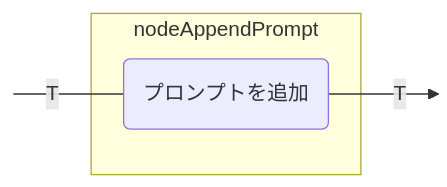
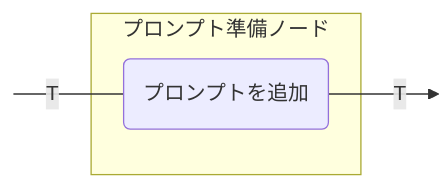
The third of 15 diagrams in docs/ja/koog/nodes-and-components.md (BinaryTape/Open-Docs), drawn with Mermaid before and after one commit. The commit also changed other lines of this file and 164 other files, not shown here.

````diff
--- a/docs/ja/koog/nodes-and-components.md
+++ b/docs/ja/koog/nodes-and-components.md
@@ -144,13 +144,13 @@
 ```mermaid
 graph LR
     in:::hidden
     out:::hidden
     
-    subgraph node ["nodeAppendPrompt"]
+    subgraph node ["プロンプト準備ノード"]
         execute(プロンプトを追加)
     end
     
     in ---|T| execute --T--> out
 
     classDef hidden display: none;
 ```
````
